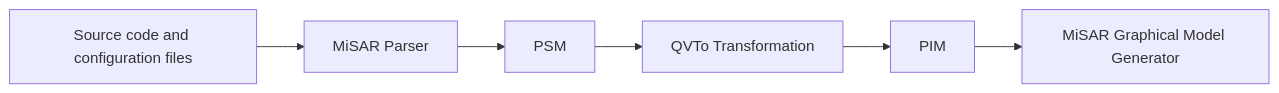
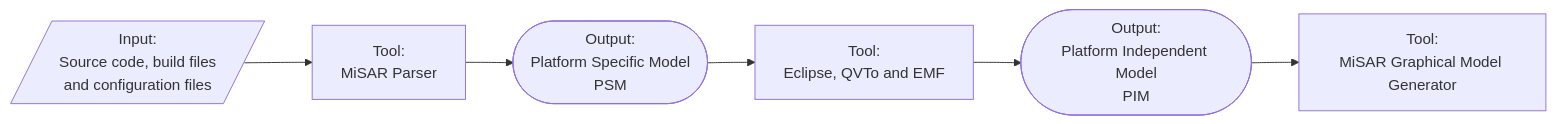
One commit to MicroServiceArchitectureRecovery/MiSAR-Parser-and-Model-Transformation changed the diagram in README.md. Above: the diagram before and after it, drawn with Mermaid. The commit also changed other lines of this file, not shown here.

Commit message:
docs: improve repository README

````diff
--- a/README.md
+++ b/README.md
@@ -17,8 +32,15 @@
 ```mermaid
 flowchart LR
-    A[Source code and configuration files] --> B[MiSAR Parser]
-    B --> C[PSM]
-    C --> D[QVTo Transformation]
-    D --> E[PIM]
-    E --> F[MiSAR Graphical Model Generator]
+    INPUT[/Input:<br/>Source code, build files<br/>and configuration files/]
+    PARSER[Tool:<br/>MiSAR Parser]
+    PSM([Output:<br/>Platform Specific Model<br/>PSM])
+    QVTO[Tool:<br/>Eclipse, QVTo and EMF]
+    PIM([Output:<br/>Platform Independent Model<br/>PIM])
+    GMG[Tool:<br/>MiSAR Graphical Model Generator]
+
+    INPUT --> PARSER
+    PARSER --> PSM
+    PSM --> QVTO
+    QVTO --> PIM
+    PIM --> GMG
 ```
````
